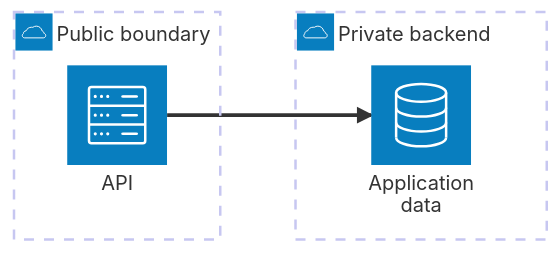
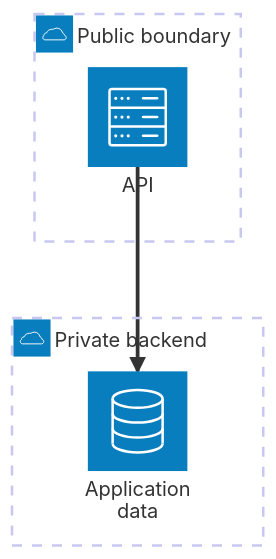
The first of 2 diagrams in unoplat-code-confluence-query-engine/src/unoplat_code_confluence_query_engine/skills/architecture-diagrams/SKILL.md (unoplat/unoplat-code-confluence), drawn with Mermaid before and after one commit. The commit also changed other lines of this file and 1 other file, not shown here.

Commit message:
docs(architecture): refine evidence-driven diagram guidance

````diff
--- a/unoplat-code-confluence-query-engine/src/unoplat_code_confluence_query_engine/skills/architecture-diagrams/SKILL.md
+++ b/unoplat-code-confluence-query-engine/src/unoplat_code_confluence_query_engine/skills/architecture-diagrams/SKILL.md
@@ -111,9 +81,9 @@
 ```mermaid
 architecture-beta
     group public(cloud)[Public boundary]
     group private(cloud)[Private backend]
     service api(server)[API] in public
     service data(database)[Application data] in private
 
-    api:R --> L:data
+    api:B --> T:data
 ```
````
